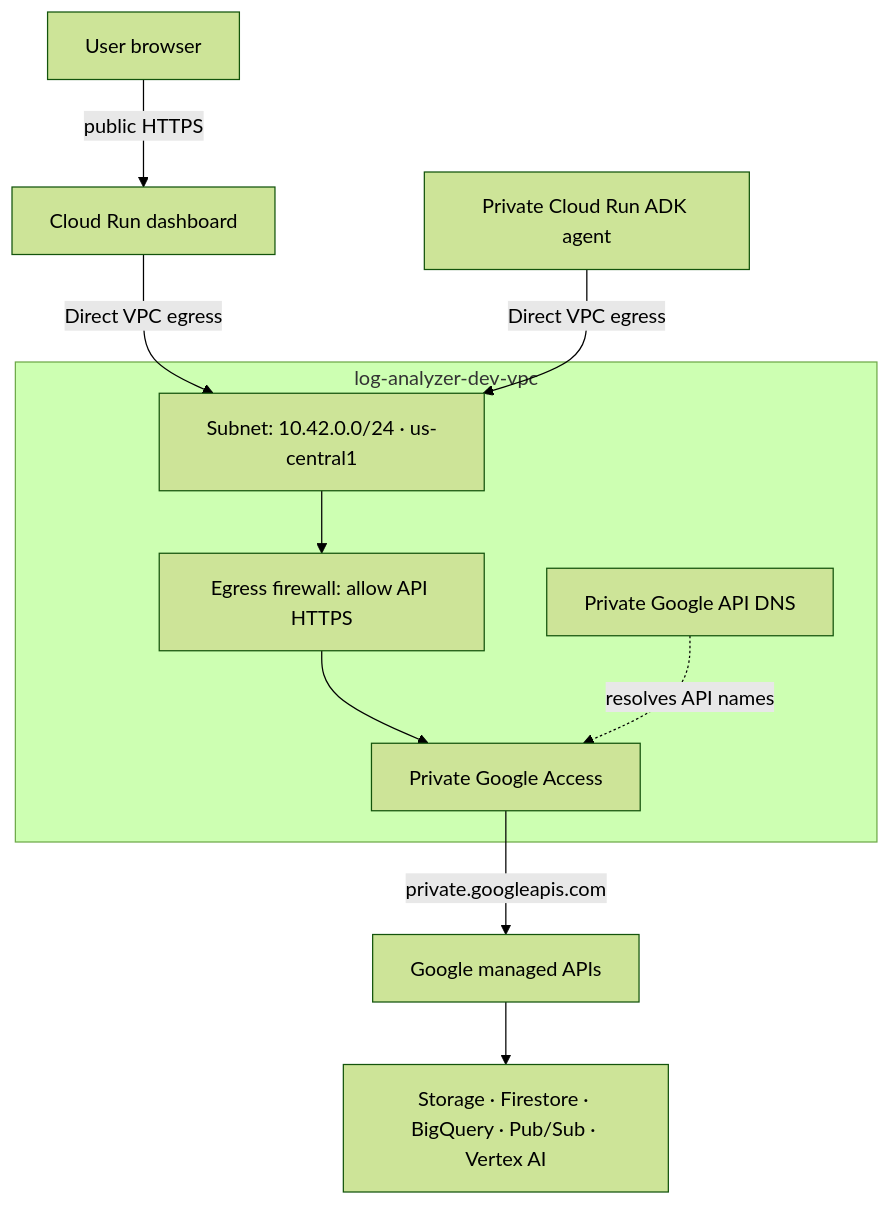
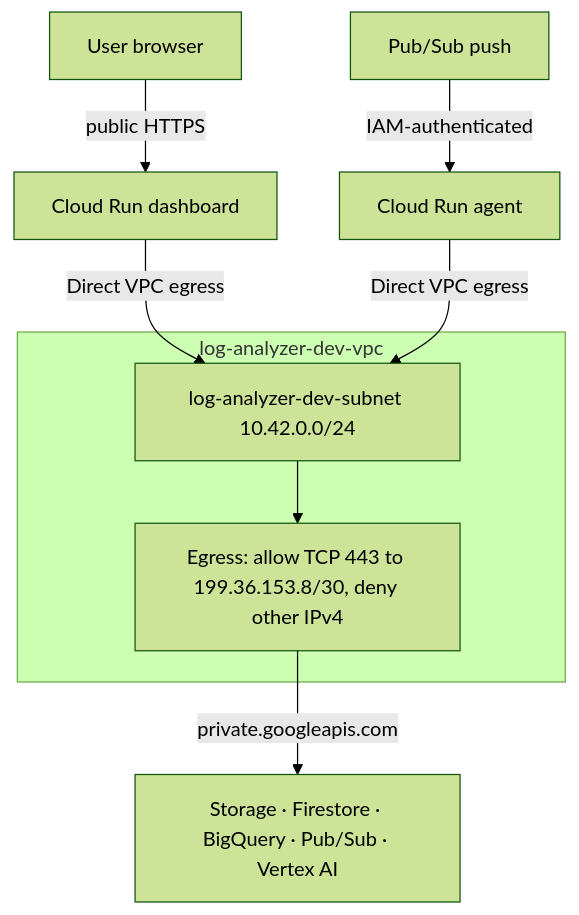
The second of 2 diagrams in README.md (zeinhaidara/gcp-ai-log-analyzer), drawn with Mermaid (forest theme) before and after one commit. The commit also changed other lines of this file and 2 other files, not shown here.

````diff
--- a/README.md
+++ b/README.md
@@ -95,17 +39,13 @@
 ```mermaid
 flowchart TB
   User[User browser] -->|public HTTPS| Dashboard[Cloud Run dashboard]
-  Agent[Private Cloud Run ADK agent]
+  PubSub[Pub/Sub push] -->|IAM-authenticated| Agent[Cloud Run agent]
   Dashboard -->|Direct VPC egress| Subnet
   Agent -->|Direct VPC egress| Subnet
   subgraph VPC[log-analyzer-dev-vpc]
-    Subnet["Subnet: 10.42.0.0/24 · us-central1"]
-    Firewall["Egress firewall: allow API HTTPS"]
-    Access[Private Google Access]
-    DNS[Private Google API DNS]
-    Subnet --> Firewall --> Access
-    DNS -.->|resolves API names| Access
+    Subnet["log-analyzer-dev-subnet 10.42.0.0/24"]
+    Firewall["Egress: allow TCP 443 to 199.36.153.8/30, deny other IPv4"]
+    Subnet --> Firewall
   end
-  Access -->|private.googleapis.com| APIs[Google managed APIs]
-  APIs --> Services["Storage · Firestore · BigQuery · Pub/Sub · Vertex AI"]
+  Firewall -->|private.googleapis.com| APIs["Storage · Firestore · BigQuery · Pub/Sub · Vertex AI"]
 ```
````
